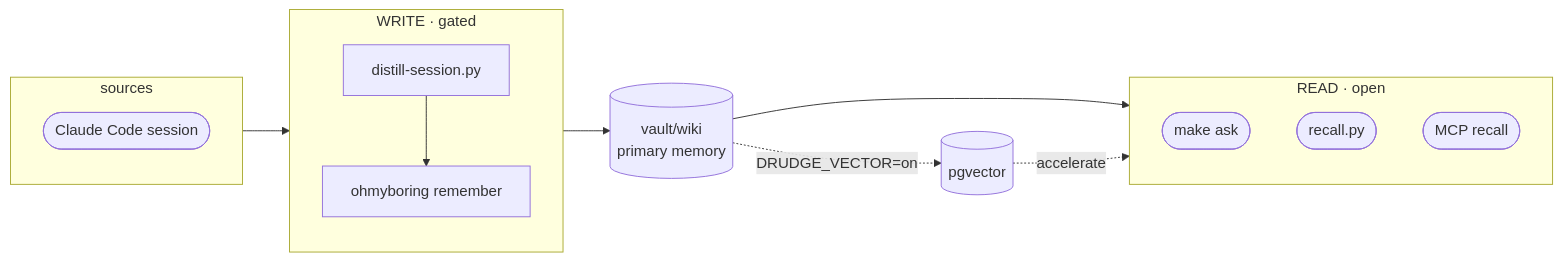
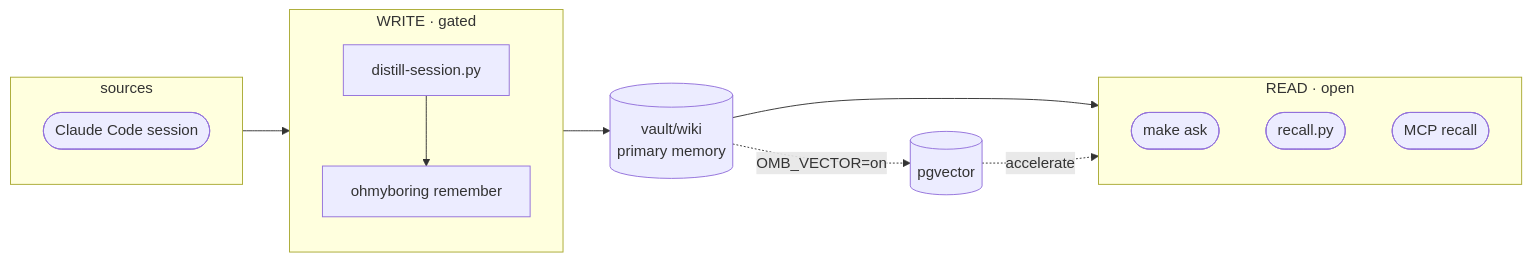
One commit to jazz1x/ohmyboring changed the diagram in README.ja.md. Above: the diagram before and after it, drawn with Mermaid. The commit also changed other lines of this file and 25 other files, not shown here.

````diff
--- a/README.ja.md
+++ b/README.ja.md
@@ -78,18 +78,18 @@
 ```mermaid
 flowchart LR
   subgraph SRC [sources]
     CC([Claude Code session])
   end
   subgraph WRITE [WRITE · gated]
     D["distill-session.py"] --> REM["ohmyboring remember"]
   end
   WIKI[("vault/wiki<br/>primary memory")]
   subgraph RD [READ · open]
     ASK([make ask])
     REC([recall.py])
     MCP([MCP recall])
   end
   SRC --> WRITE --> WIKI --> RD
-  WIKI -. "DRUDGE_VECTOR=on" .-> PG[("pgvector")]
+  WIKI -. "OMB_VECTOR=on" .-> PG[("pgvector")]
   PG -. accelerate .-> RD
 ```
````
